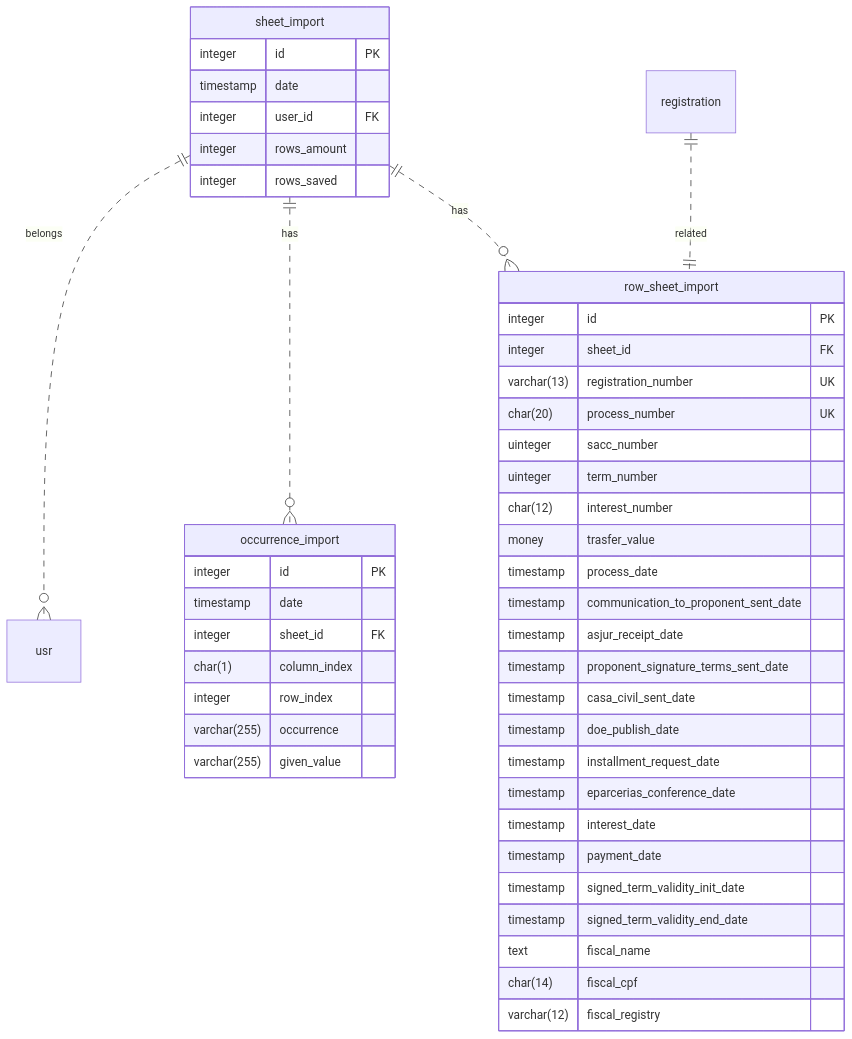
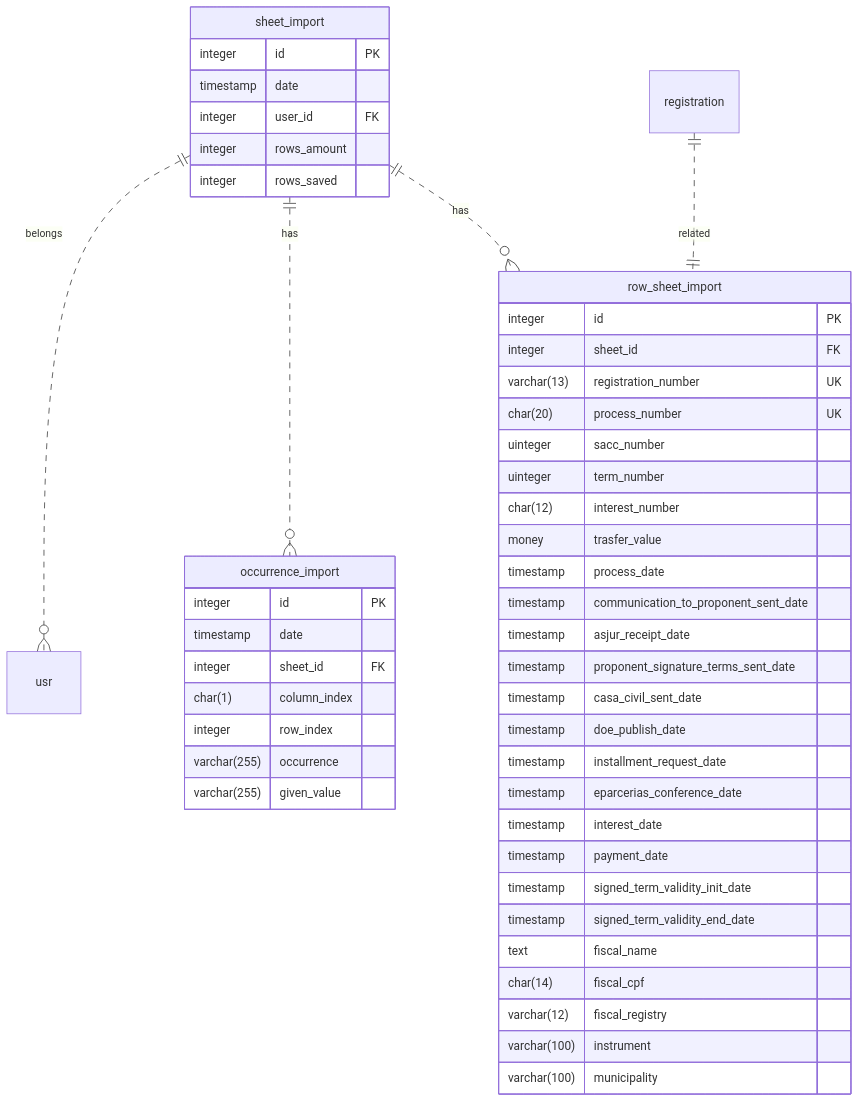
Before and after one commit to secultce/plugin-BigSheetImporter: the diagram in README.md, drawn with Mermaid. The commit also changed 5 other files, not shown here.

````diff
--- a/README.md
+++ b/README.md
@@ -7,49 +7,51 @@
 ```mermaid
 erDiagram
 s ||..o{ usr : belongs
 s ||..o{ o : has
 s ||..o{ r : has
 registration ||..|| r : related
 
 s[sheet_import]{
     integer       id                      PK
     timestamp     date
     integer       user_id                 FK
     integer       rows_amount
     integer       rows_saved
 }
 o[occurrence_import]{
     integer       id                      PK
     timestamp     date
     integer       sheet_id                FK
     char(1)       column_index
     integer       row_index
     varchar(255)  occurrence
     varchar(255)  given_value
 }
 r[row_sheet_import]{
     integer       id                      PK
     integer       sheet_id                FK
     varchar(13)   registration_number     UK
     char(20)      process_number          UK
     uinteger      sacc_number
     uinteger      term_number
     char(12)      interest_number
     money         trasfer_value
     timestamp     process_date
     timestamp     communication_to_proponent_sent_date
     timestamp     asjur_receipt_date
     timestamp     proponent_signature_terms_sent_date
     timestamp     casa_civil_sent_date
     timestamp     doe_publish_date
     timestamp     installment_request_date
     timestamp     eparcerias_conference_date
     timestamp     interest_date
     timestamp     payment_date
     timestamp     signed_term_validity_init_date
     timestamp     signed_term_validity_end_date
     text          fiscal_name
     char(14)      fiscal_cpf
     varchar(12)   fiscal_registry
+    varchar(100)  instrument
+    varchar(100)  municipality
 }
 ```
````
